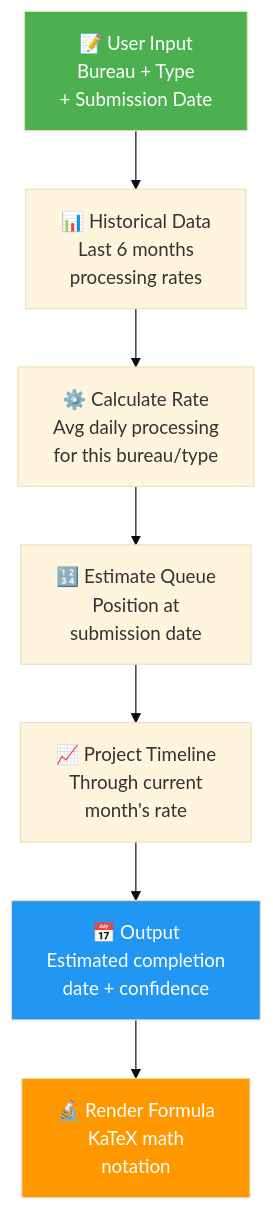
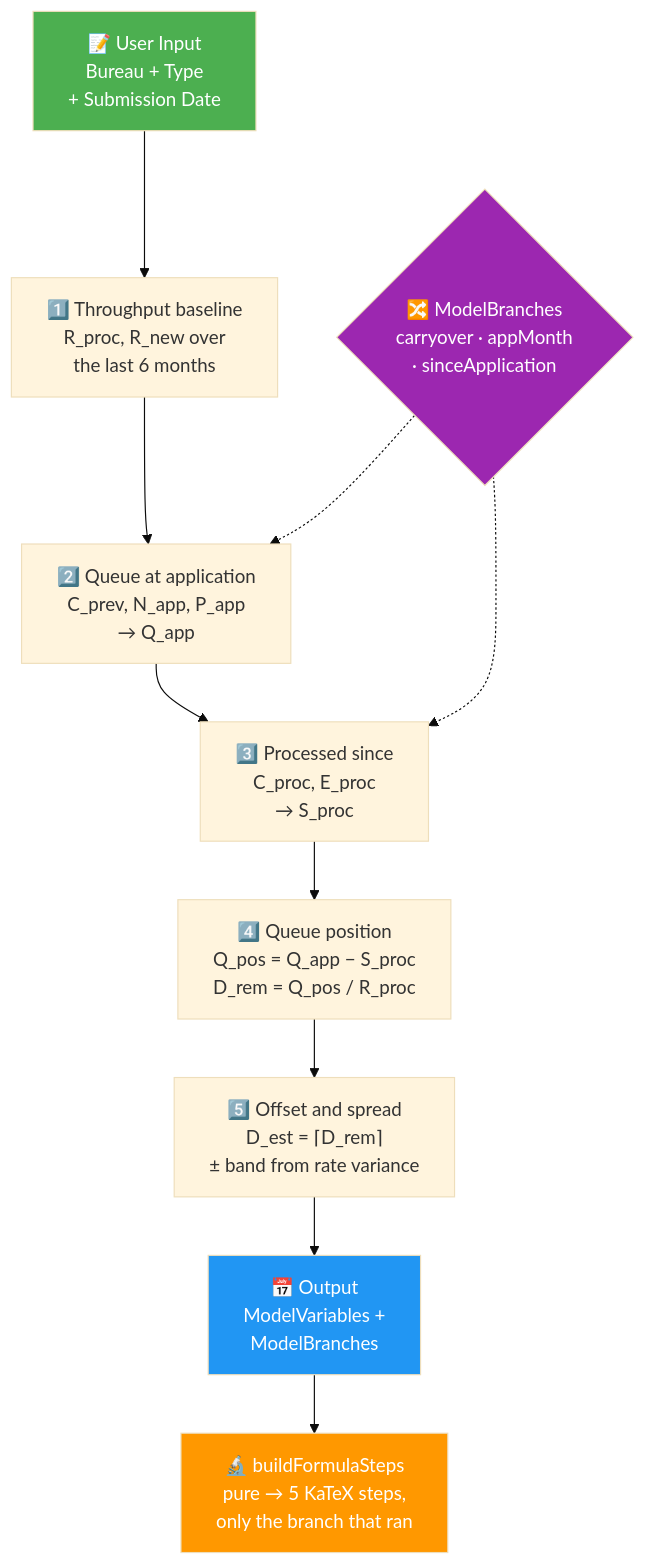
Diagram 12 of 17 in ARCHITECTURE.md (RetroHazard/JP_Immigration_Dashboard), drawn with Mermaid (base theme) before and after one commit. The commit also changed other lines of this file and 62 other files, not shown here.

First line of the commit message:
Add per-chart data tables, policy event markers, and estimation formula breakdown (#89)

````diff
--- a/ARCHITECTURE.md
+++ b/ARCHITECTURE.md
@@ -592,27 +654,35 @@
 ```mermaid
 graph TD
     INPUT["📝 User Input<br/>Bureau + Type<br/>+ Submission Date"]
-    
-    HIST["📊 Historical Data<br/>Last 6 months<br/>processing rates"]
-    
-    RATE["⚙️ Calculate Rate<br/>Avg daily processing<br/>for this bureau/type"]
-    
-    QUEUE["🔢 Estimate Queue<br/>Position at<br/>submission date"]
-    
-    PROJECT["📈 Project Timeline<br/>Through current<br/>month's rate"]
-    
-    OUTPUT["📅 Output<br/>Estimated completion<br/>date + confidence"]
-    
-    LATEX["🔬 Render Formula<br/>KaTeX math<br/>notation"]
-    
-    INPUT --> HIST
-    HIST --> RATE
-    RATE --> QUEUE
-    QUEUE --> PROJECT
-    PROJECT --> OUTPUT
+
+    S1["1️⃣ Throughput baseline<br/>R_proc, R_new over<br/>the last 6 months"]
+
+    S2["2️⃣ Queue at application<br/>C_prev, N_app, P_app<br/>→ Q_app"]
+
+    S3["3️⃣ Processed since<br/>C_proc, E_proc<br/>→ S_proc"]
+
+    S4["4️⃣ Queue position<br/>Q_pos = Q_app − S_proc<br/>D_rem = Q_pos / R_proc"]
+
+    S5["5️⃣ Offset and spread<br/>D_est = ⌈D_rem⌉<br/>± band from rate variance"]
+
+    BRANCH{"🔀 ModelBranches<br/>carryover · appMonth<br/>· sinceApplication"}
+
+    OUTPUT["📅 Output<br/>ModelVariables +<br/>ModelBranches"]
+
+    LATEX["🔬 buildFormulaSteps<br/>pure → 5 KaTeX steps,<br/>only the branch that ran"]
+
+    INPUT --> S1
+    S1 --> S2
+    S2 --> S3
+    S3 --> S4
+    S4 --> S5
+    S5 --> OUTPUT
+    BRANCH -.-> S2
+    BRANCH -.-> S3
     OUTPUT --> LATEX
-    
+
     style INPUT fill:#4CAF50,color:#fff
+    style BRANCH fill:#9C27B0,color:#fff
     style OUTPUT fill:#2196F3,color:#fff
     style LATEX fill:#FF9800,color:#fff
 ```
````
